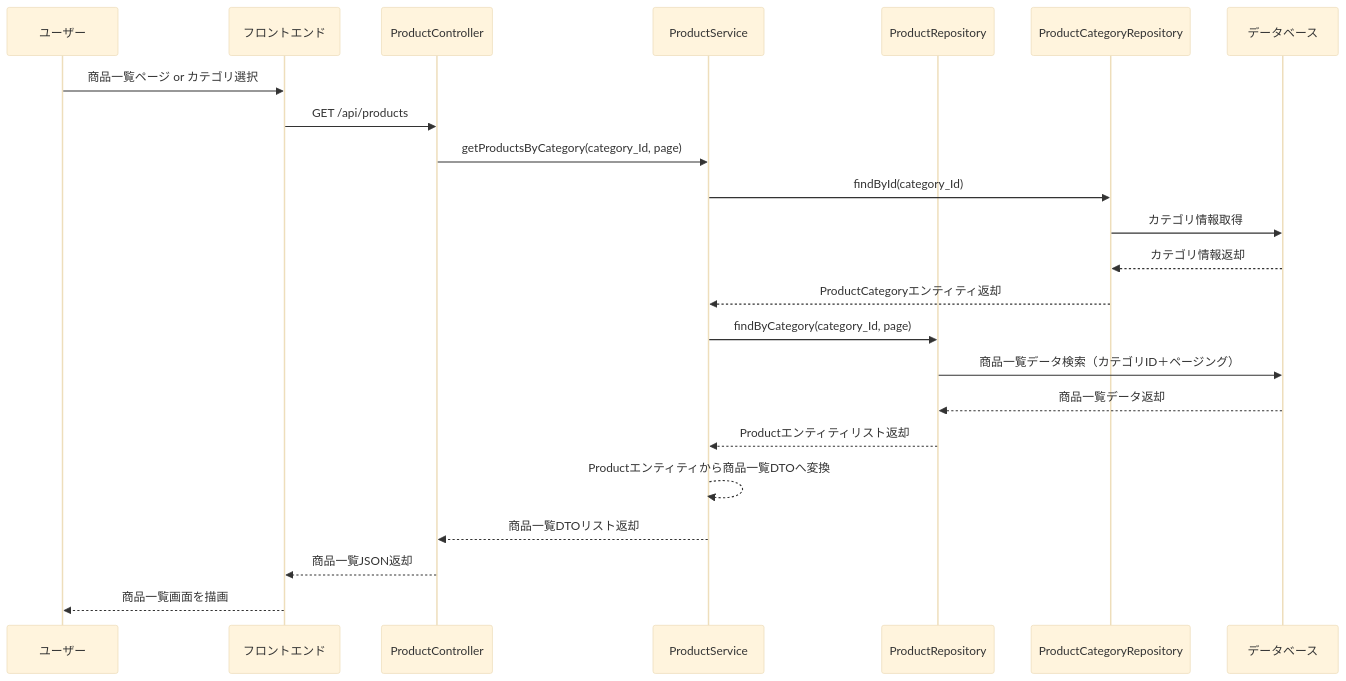
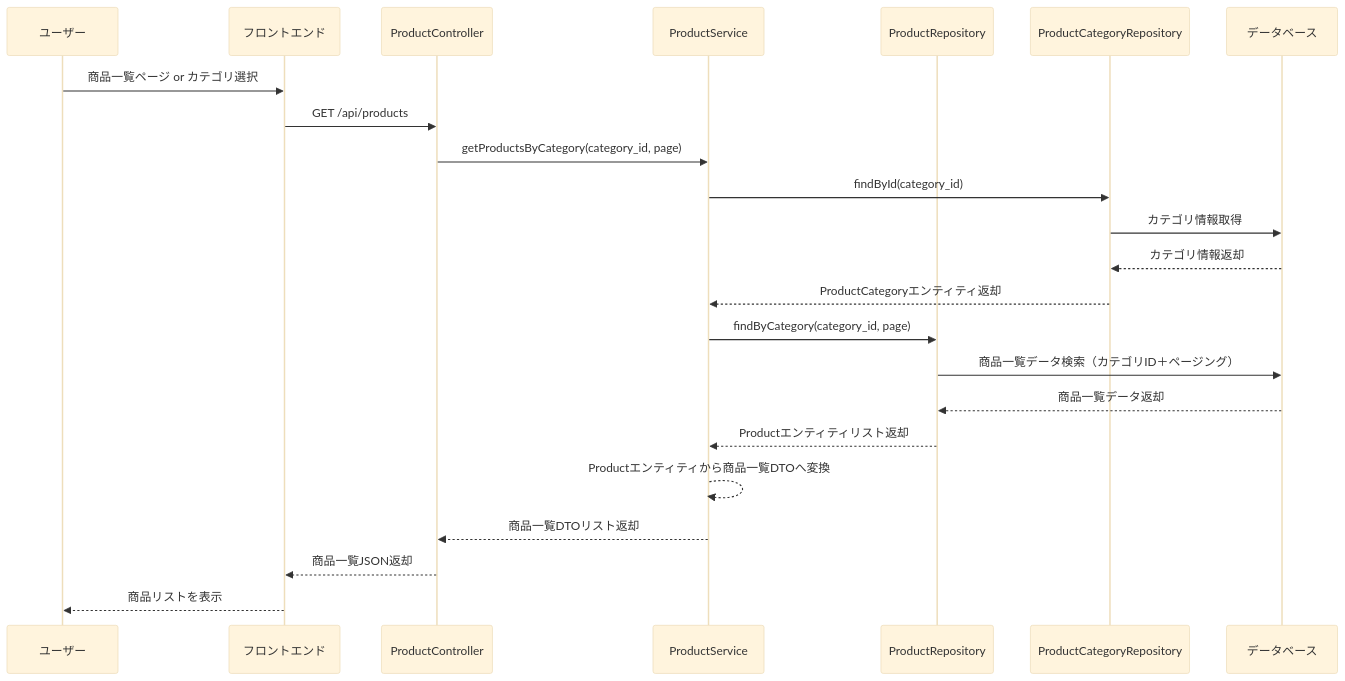
One commit to Aoi-Yaegashi/teamF changed the second of 29 diagrams in 詳細設計/担当B_村田/3.2 機能詳細.md. Above: the diagram before and after it, drawn with Mermaid (base theme). The commit also changed other lines of this file and 1 other file, not shown here.

```diff
--- a/詳細設計/担当B_村田/3.2 機能詳細.md
+++ b/詳細設計/担当B_村田/3.2 機能詳細.md
@@ -43,26 +43,26 @@
    <div class="mermaid">
    sequenceDiagram
     participant User as ユーザー
     participant Browser as フロントエンド
     participant Controller as ProductController
     participant Service as ProductService
     participant ProductRepo as ProductRepository
     participant CategoryRepo as ProductCategoryRepository
     participant DB as データベース
 
     User->>Browser: 商品一覧ページ or カテゴリ選択
     Browser->>Controller: GET /api/products
-    Controller->>Service: getProductsByCategory(category_Id, page)
-    Service->>CategoryRepo: findById(category_Id)
+    Controller->>Service: getProductsByCategory(category_id, page)
+    Service->>CategoryRepo: findById(category_id)
     CategoryRepo->>DB: カテゴリ情報取得
     DB-->>CategoryRepo: カテゴリ情報返却
     CategoryRepo-->>Service: ProductCategoryエンティティ返却
-    Service->>ProductRepo: findByCategory(category_Id, page)
+    Service->>ProductRepo: findByCategory(category_id, page)
     ProductRepo->>DB: 商品一覧データ検索（カテゴリID＋ページング）
     DB-->>ProductRepo: 商品一覧データ返却
     ProductRepo-->>Service: Productエンティティリスト返却
     Service-->>Service: Productエンティティから商品一覧DTOへ変換
     Service-->>Controller: 商品一覧DTOリスト返却
     Controller-->>Browser: 商品一覧JSON返却
-    Browser-->>User: 商品一覧画面を描画
+    Browser-->>User: 商品リストを表示
 </div>
```
